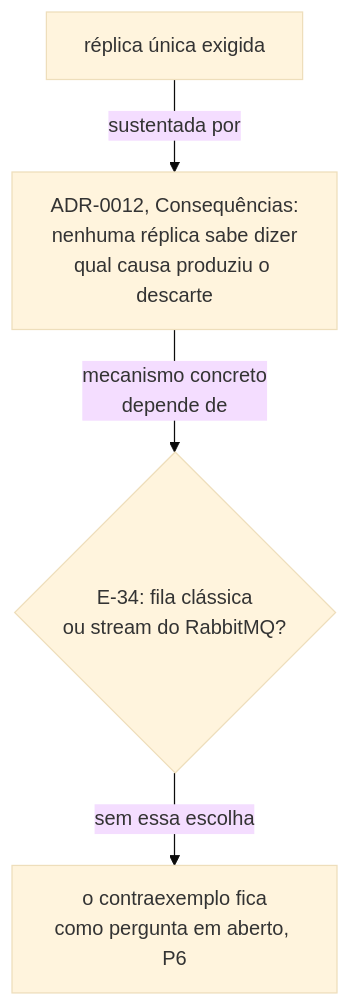
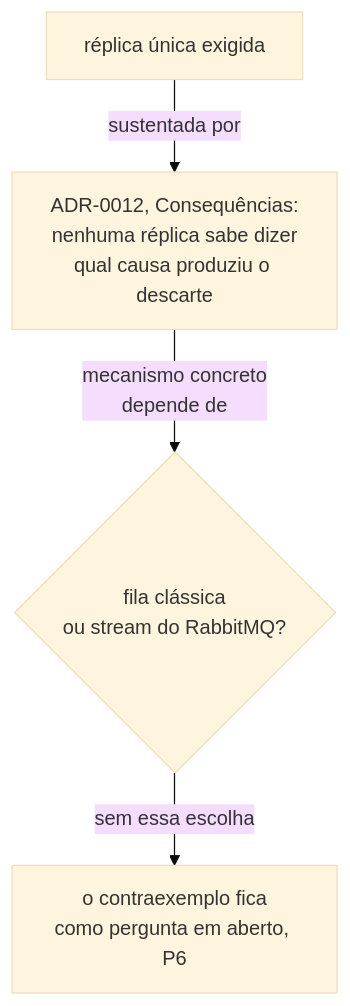
One commit to da0hn/distributed-systems-experiment-lab changed the second of 2 diagrams in docs/features/distincao-entre-higiene-e-invalidacao/example-mapping.md. Above: the diagram before and after it, drawn with Mermaid (base theme). The commit also changed other lines of this file and 3 other files, not shown here.

````diff
--- a/docs/features/distincao-entre-higiene-e-invalidacao/example-mapping.md
+++ b/docs/features/distincao-entre-higiene-e-invalidacao/example-mapping.md
@@ -72,6 +75,6 @@
 ```mermaid
 flowchart TD
     RU["réplica única exigida"] -->|" sustentada por "| ADR["ADR-0012, Consequências:<br/>nenhuma réplica sabe dizer<br/>qual causa produziu o descarte"]
-    ADR -->|" mecanismo concreto<br/>depende de "| E34{"E-34: fila clássica<br/>ou stream do RabbitMQ?"}
-    E34 -->|" sem essa escolha "| PA["o contraexemplo fica<br/>como pergunta em aberto, P6"]
+    ADR -->|" mecanismo concreto<br/>depende de "| SINK{"fila clássica<br/>ou stream do RabbitMQ?"}
+    SINK -->|" sem essa escolha "| PA["o contraexemplo fica<br/>como pergunta em aberto, P6"]
 ```
````
